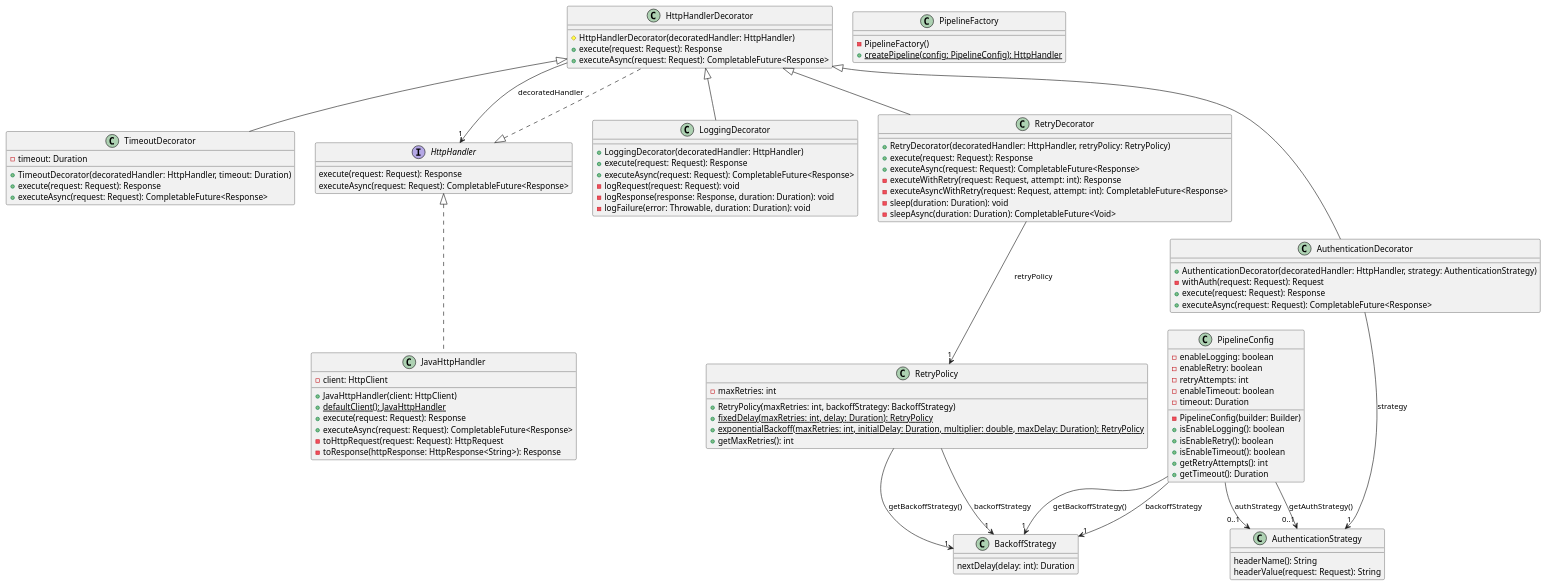
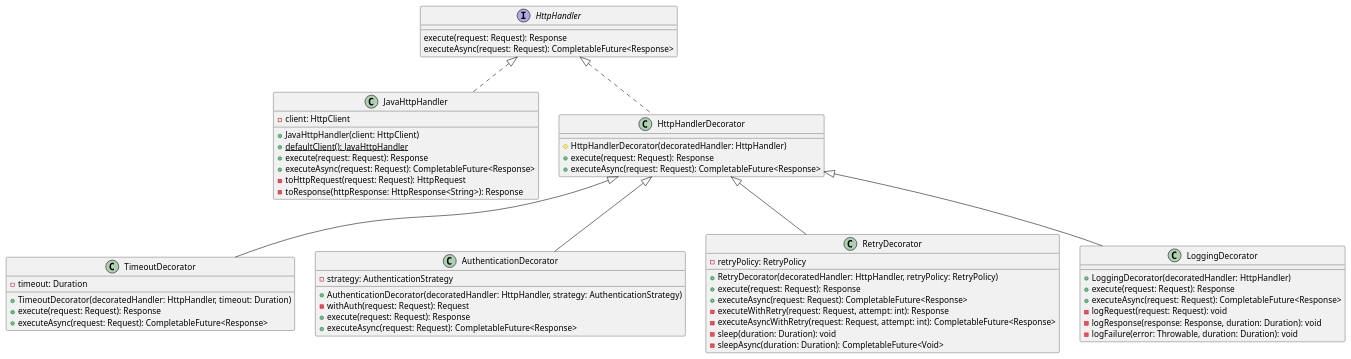
One commit to MatthewBaggethun/Design-Patterns changed the diagram in DesignPatterns/src/structural/decorator/httpPipeline/Resources/HttpPipeline.puml. Above: the diagram before and after it, drawn with PlantUML. The commit also changed 11 other files, not shown here.

Commit message:
Pipeline readme updated with improved UML documentation.

```diff
--- a/DesignPatterns/src/structural/decorator/httpPipeline/Resources/HttpPipeline.puml
+++ b/DesignPatterns/src/structural/decorator/httpPipeline/Resources/HttpPipeline.puml
@@ -1,125 +1,69 @@
 @startuml
-class TimeoutDecorator [[java:structural.decorator.httpPipeline.Decorators.TimeoutDecorator]] {
-	-timeout: Duration
-	+TimeoutDecorator(decoratedHandler: HttpHandler, timeout: Duration)
-	+execute(request: Request): Response
-	+executeAsync(request: Request): CompletableFuture<Response>
-}
-class HttpHandlerDecorator {
-}
-HttpHandlerDecorator <|-- TimeoutDecorator
 class JavaHttpHandler [[java:structural.decorator.httpPipeline.HttpHandler.JavaHttpHandler]] {
 	-client: HttpClient
 	+JavaHttpHandler(client: HttpClient)
 	+{static} defaultClient(): JavaHttpHandler
 	+execute(request: Request): Response
 	+executeAsync(request: Request): CompletableFuture<Response>
 	-toHttpRequest(request: Request): HttpRequest
 	-toResponse(httpResponse: HttpResponse<String>): Response
 }
 interface HttpHandler {
 }
 HttpHandler <|.. JavaHttpHandler
-interface AuthenticationStrategy [[java:structural.decorator.httpPipeline.Strategy.Auth.AuthenticationStrategy]] {
-	headerName(): String
-	headerValue(request: Request): String
+class TimeoutDecorator [[java:structural.decorator.httpPipeline.Decorators.TimeoutDecorator]] {
+	-timeout: Duration
+	+TimeoutDecorator(decoratedHandler: HttpHandler, timeout: Duration)
+	+execute(request: Request): Response
+	+executeAsync(request: Request): CompletableFuture<Response>
 }
+class HttpHandlerDecorator {
+}
+HttpHandlerDecorator <|-- TimeoutDecorator
+class AuthenticationDecorator [[java:structural.decorator.httpPipeline.Decorators.AuthenticationDecorator]] {
+	-strategy: AuthenticationStrategy
+	+AuthenticationDecorator(decoratedHandler: HttpHandler, strategy: AuthenticationStrategy)
+	-withAuth(request: Request): Request
+	+execute(request: Request): Response
+	+executeAsync(request: Request): CompletableFuture<Response>
+}
+class HttpHandlerDecorator {
+}
+HttpHandlerDecorator <|-- AuthenticationDecorator
+class RetryDecorator [[java:structural.decorator.httpPipeline.Decorators.RetryDecorator]] {
+	-retryPolicy: RetryPolicy
+	+RetryDecorator(decoratedHandler: HttpHandler, retryPolicy: RetryPolicy)
+	+execute(request: Request): Response
+	+executeAsync(request: Request): CompletableFuture<Response>
+	-executeWithRetry(request: Request, attempt: int): Response
+	-executeAsyncWithRetry(request: Request, attempt: int): CompletableFuture<Response>
+	-sleep(duration: Duration): void
+	-sleepAsync(duration: Duration): CompletableFuture<Void>
+}
+class HttpHandlerDecorator {
+}
+HttpHandlerDecorator <|-- RetryDecorator
+abstract class HttpHandlerDecorator [[java:structural.decorator.httpPipeline.HttpHandler.HttpHandlerDecorator]] {
+	#HttpHandlerDecorator(decoratedHandler: HttpHandler)
+	+execute(request: Request): Response
+	+executeAsync(request: Request): CompletableFuture<Response>
+}
+interface HttpHandler {
+}
+HttpHandler <|.. HttpHandlerDecorator
 interface HttpHandler [[java:structural.decorator.httpPipeline.HttpHandler.HttpHandler]] {
 	execute(request: Request): Response
 	executeAsync(request: Request): CompletableFuture<Response>
 }
-class PipelineConfig [[java:structural.decorator.httpPipeline.Factory.PipelineConfig]] {
-	-enableLogging: boolean
-	-enableRetry: boolean
-	-retryAttempts: int
-	-enableTimeout: boolean
-	-timeout: Duration
-	-PipelineConfig(builder: Builder)
-	+isEnableLogging(): boolean
-	+isEnableRetry(): boolean
-	+isEnableTimeout(): boolean
-	+getRetryAttempts(): int
-	+getTimeout(): Duration
-}
-class BackoffStrategy {
-}
-PipelineConfig --> "1" BackoffStrategy : backoffStrategy
-class AuthenticationStrategy {
-}
-PipelineConfig --> "0..1" AuthenticationStrategy : authStrategy
-class BackoffStrategy {
-}
-PipelineConfig --> "1" BackoffStrategy : getBackoffStrategy()
-class AuthenticationStrategy {
-}
-PipelineConfig --> "0..1" AuthenticationStrategy : getAuthStrategy()
 class LoggingDecorator [[java:structural.decorator.httpPipeline.Decorators.LoggingDecorator]] {
 	+LoggingDecorator(decoratedHandler: HttpHandler)
 	+execute(request: Request): Response
 	+executeAsync(request: Request): CompletableFuture<Response>
 	-logRequest(request: Request): void
 	-logResponse(response: Response, duration: Duration): void
 	-logFailure(error: Throwable, duration: Duration): void
 }
 class HttpHandlerDecorator {
 }
 HttpHandlerDecorator <|-- LoggingDecorator
-class PipelineFactory [[java:structural.decorator.httpPipeline.Factory.PipelineFactory]] {
-	-PipelineFactory()
-	+{static} createPipeline(config: PipelineConfig): HttpHandler
-}
-interface BackoffStrategy [[java:structural.decorator.httpPipeline.Strategy.Retry.BackoffStrategy]] {
-	nextDelay(delay: int): Duration
-}
-class RetryPolicy [[java:structural.decorator.httpPipeline.Strategy.Retry.RetryPolicy]] {
-	-maxRetries: int
-	+RetryPolicy(maxRetries: int, backoffStrategy: BackoffStrategy)
-	+{static} fixedDelay(maxRetries: int, delay: Duration): RetryPolicy
-	+{static} exponentialBackoff(maxRetries: int, initialDelay: Duration, multiplier: double, maxDelay: Duration): RetryPolicy
-	+getMaxRetries(): int
-}
-class BackoffStrategy {
-}
-RetryPolicy --> "1" BackoffStrategy : backoffStrategy
-class BackoffStrategy {
-}
-RetryPolicy --> "1" BackoffStrategy : getBackoffStrategy()
-abstract class HttpHandlerDecorator [[java:structural.decorator.httpPipeline.HttpHandler.HttpHandlerDecorator]] {
-	#HttpHandlerDecorator(decoratedHandler: HttpHandler)
-	+execute(request: Request): Response
-	+executeAsync(request: Request): CompletableFuture<Response>
-}
-class HttpHandler {
-}
-HttpHandlerDecorator --> "1" HttpHandler : decoratedHandler
-interface HttpHandler {
-}
-HttpHandler <|.. HttpHandlerDecorator
-class AuthenticationDecorator [[java:structural.decorator.httpPipeline.Decorators.AuthenticationDecorator]] {
-	+AuthenticationDecorator(decoratedHandler: HttpHandler, strategy: AuthenticationStrategy)
-	-withAuth(request: Request): Request
-	+execute(request: Request): Response
-	+executeAsync(request: Request): CompletableFuture<Response>
-}
-class AuthenticationStrategy {
-}
-AuthenticationDecorator --> "1" AuthenticationStrategy : strategy
-class HttpHandlerDecorator {
-}
-HttpHandlerDecorator <|-- AuthenticationDecorator
-class RetryDecorator [[java:structural.decorator.httpPipeline.Decorators.RetryDecorator]] {
-	+RetryDecorator(decoratedHandler: HttpHandler, retryPolicy: RetryPolicy)
-	+execute(request: Request): Response
-	+executeAsync(request: Request): CompletableFuture<Response>
-	-executeWithRetry(request: Request, attempt: int): Response
-	-executeAsyncWithRetry(request: Request, attempt: int): CompletableFuture<Response>
-	-sleep(duration: Duration): void
-	-sleepAsync(duration: Duration): CompletableFuture<Void>
-}
-class RetryPolicy {
-}
-RetryDecorator --> "1" RetryPolicy : retryPolicy
-class HttpHandlerDecorator {
-}
-HttpHandlerDecorator <|-- RetryDecorator
 @enduml
```
